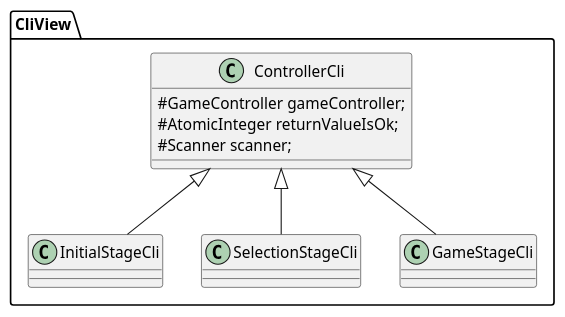
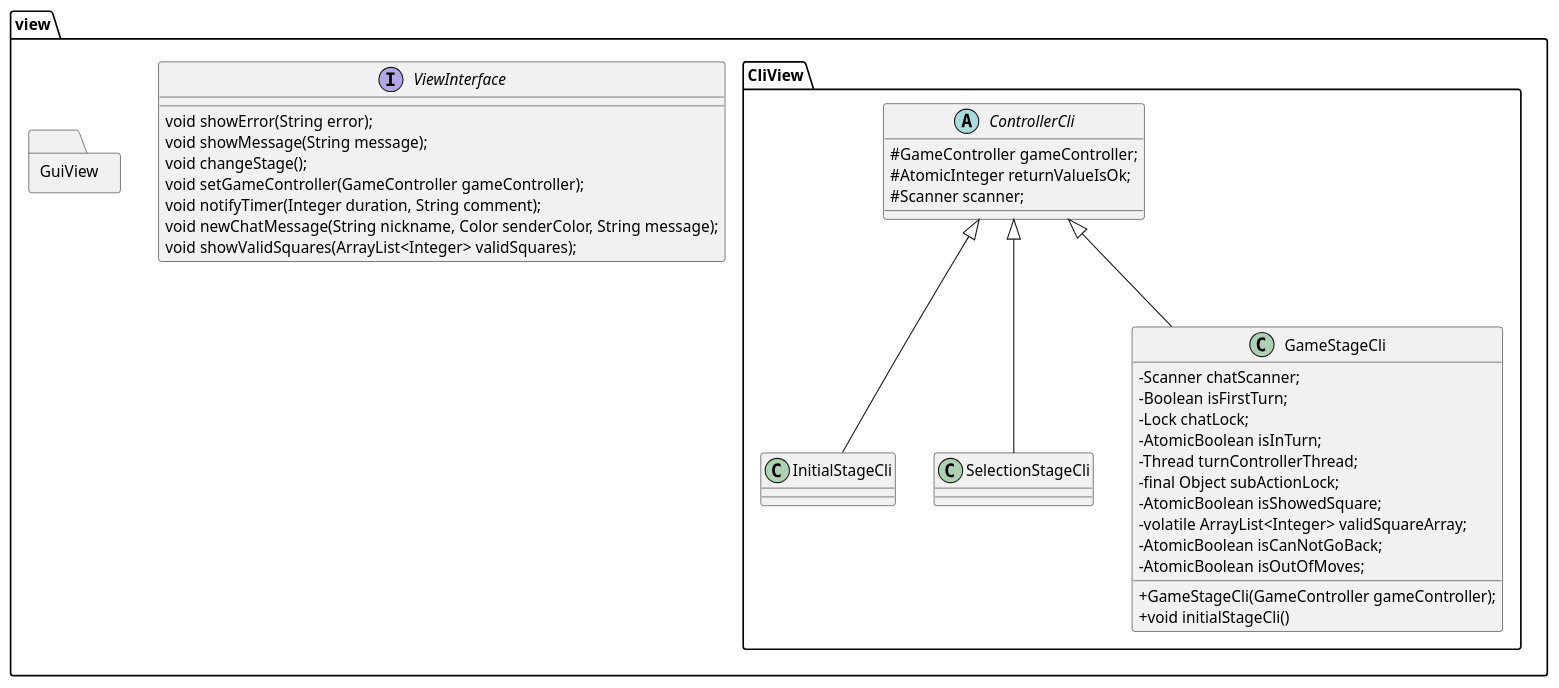
Before and after one commit to ZHANG-Y-D/Adrenalina: the diagram in FILE/UML/UML.puml, drawn with PlantUML. The commit also changed 14 other files, not shown here.

Commit message:
Move Gui to GuiView package

```diff
--- a/FILE/UML/UML.puml
+++ b/FILE/UML/UML.puml
@@ -1,29 +1,76 @@
 @startuml
 skinparam classAttributeIconSize 0
 
-package CliView <<Folder>> {
+package view <<Folder>>{
 
-    abstract class ControllerCli
-    class InitialStageCli
-    class SelectionStageCli
-    class GameStageCli
+    package CliView <<Folder>> {
 
-    ControllerCli <|-- InitialStageCli
-    ControllerCli <|-- SelectionStageCli
-    ControllerCli <|-- GameStageCli
+        abstract class ControllerCli
+        class InitialStageCli
+        class SelectionStageCli
+        class GameStageCli
 
-    class ControllerCli {
-        # GameController gameController;
-        # AtomicInteger returnValueIsOk;
-        # Scanner scanner;
+
+        ControllerCli <|-- InitialStageCli
+        ControllerCli <|-- SelectionStageCli
+        ControllerCli <|-- GameStageCli
+
+        abstract class ControllerCli {
+            # GameController gameController;
+            # AtomicInteger returnValueIsOk;
+            # Scanner scanner;
+
+        }
+
+        class GameStageCli {
+
+            - Scanner chatScanner;
+            - Boolean isFirstTurn;
+            - Lock chatLock;
+            - AtomicBoolean isInTurn;
+            - Thread turnControllerThread;
+            - final Object subActionLock;
+            - AtomicBoolean isShowedSquare;
+            - volatile ArrayList<Integer> validSquareArray;
+            - AtomicBoolean isCanNotGoBack;
+            - AtomicBoolean isOutOfMoves;
+
+            + GameStageCli(GameController gameController);
+            + void initialStageCli()
+
+
+        }
+
+
+    }
+
+    package GuiView <<Folder>>{
+
+
+
+
+
+
+
+    }
+
+    Interface ViewInterface{
+
+        void showError(String error);
+        void showMessage(String message);
+            void changeStage();
+            void setGameController(GameController gameController);
+            void notifyTimer(Integer duration, String comment);
+            void newChatMessage(String nickname, Color senderColor, String message);
+            void showValidSquares(ArrayList<Integer> validSquares);
 
     }
 
 
 }
 
 
 
 
 
 @enduml
```
